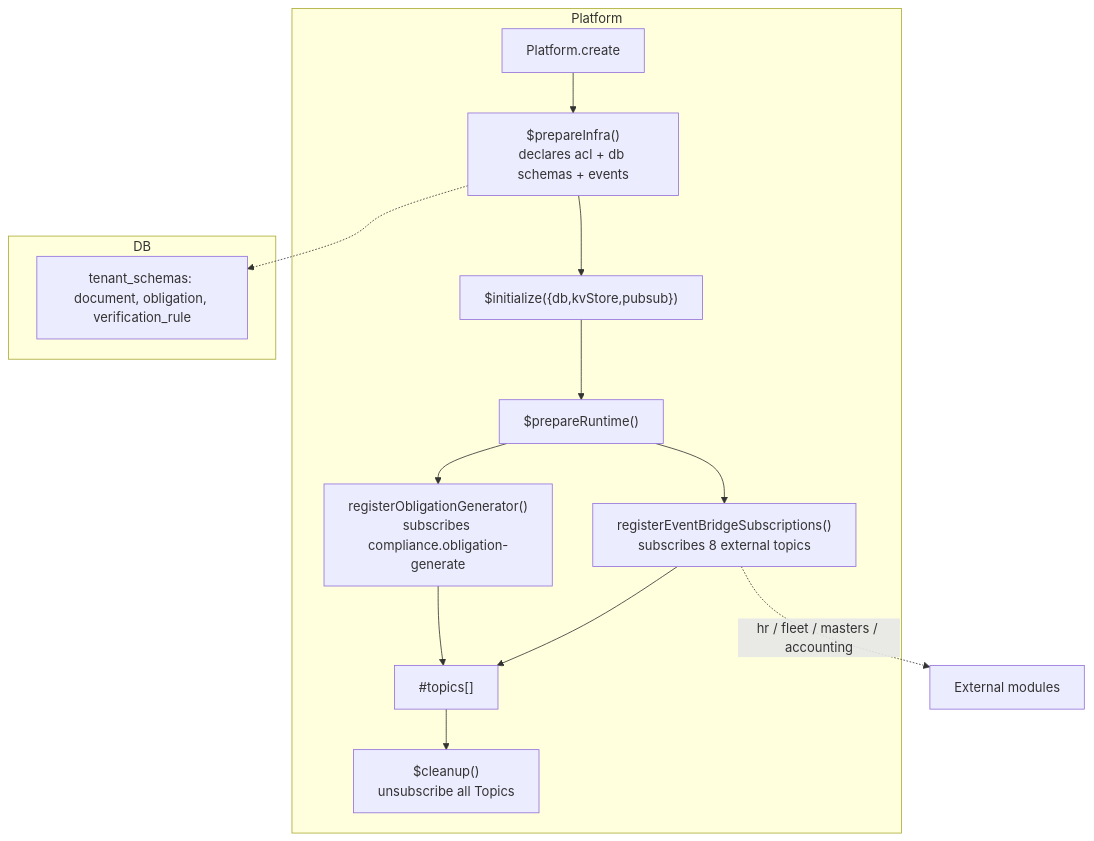
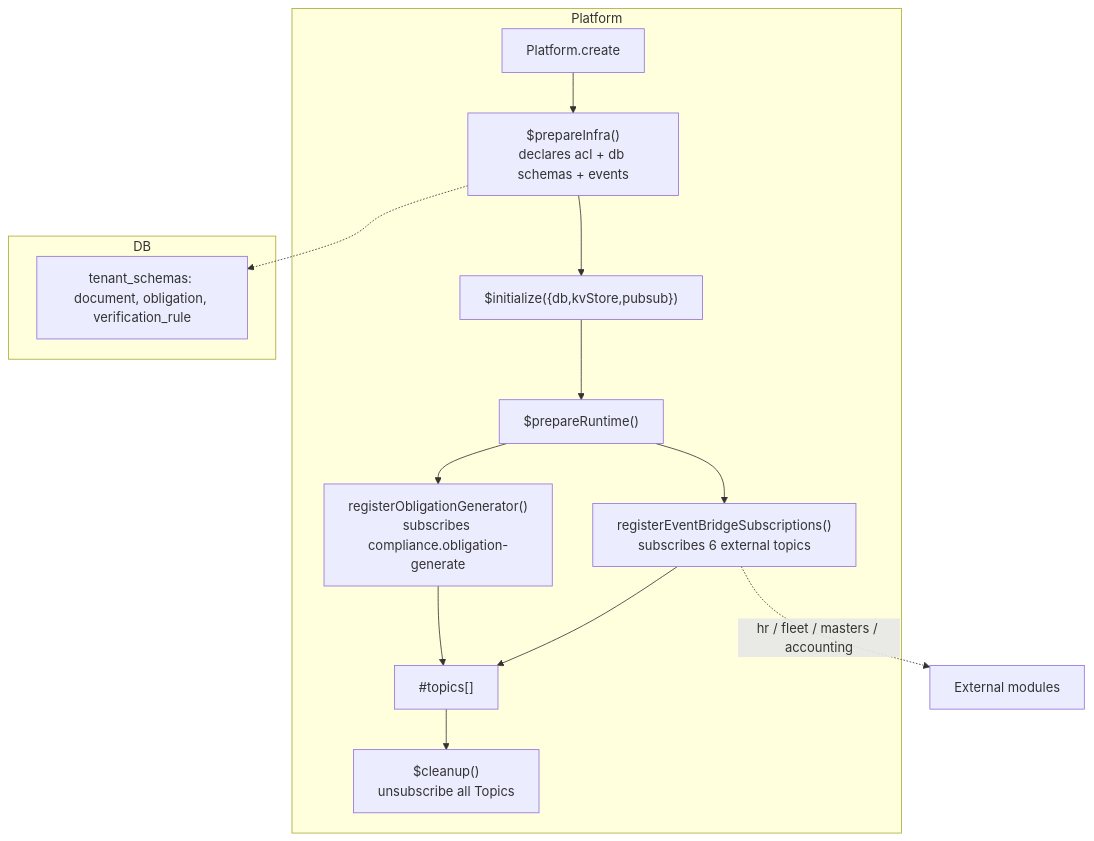
One commit to AdityaBorkar/aspen-os changed the first of 2 diagrams in packages/compliance/docs/overview.mdx. Above: the diagram before and after it, drawn with Mermaid. The commit also changed other lines of this file and 72 other files, not shown here.

````diff
--- a/packages/compliance/docs/overview.mdx
+++ b/packages/compliance/docs/overview.mdx
@@ -49,17 +52,17 @@
 ```mermaid
 flowchart TB
   subgraph Platform
     P[Platform.create] --> PrepInfra["$prepareInfra()\ndeclares acl + db schemas + events"]
     PrepInfra --> Init["$initialize({db,kvStore,pubsub})"]
     Init --> Runtime["$prepareRuntime()"]
     Runtime --> OG["registerObligationGenerator()\nsubscribes compliance.obligation-generate"]
-    Runtime --> EB["registerEventBridgeSubscriptions()\nsubscribes 8 external topics"]
+    Runtime --> EB["registerEventBridgeSubscriptions()\nsubscribes 6 external topics"]
     OG & EB --> Topics["#topics[]"]
     Topics --> Cleanup["$cleanup()\nunsubscribe all Topics"]
   end
   subgraph DB
     TenantSchemas["tenant_schemas: document, obligation, verification_rule"]
   end
   PrepInfra -.-> TenantSchemas
   EB -.->|"hr / fleet / masters / accounting"| HR[External modules]
 ```
````
